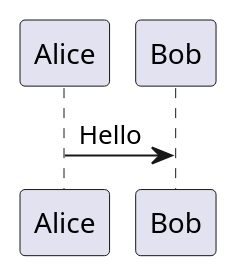
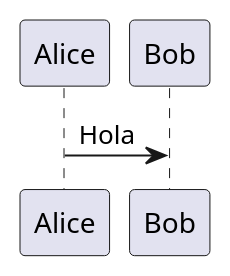
The diagram in es/PlantUML/README.md (lentiancn/open-docs), drawn with PlantUML before and after one commit. The commit also changed other lines of this file and 90 other files, not shown here.

Commit message:
Add PlantUML documentation for en, de, es, fr, ja, ko, ru, zh-Hant

````diff
--- a/es/PlantUML/README.md
+++ b/es/PlantUML/README.md
@@ -31,5 +11,5 @@
 ```plantuml
 @startuml
-Alice -> Bob: Hello
+Alice -> Bob: Hola
 @enduml
 ```
````
